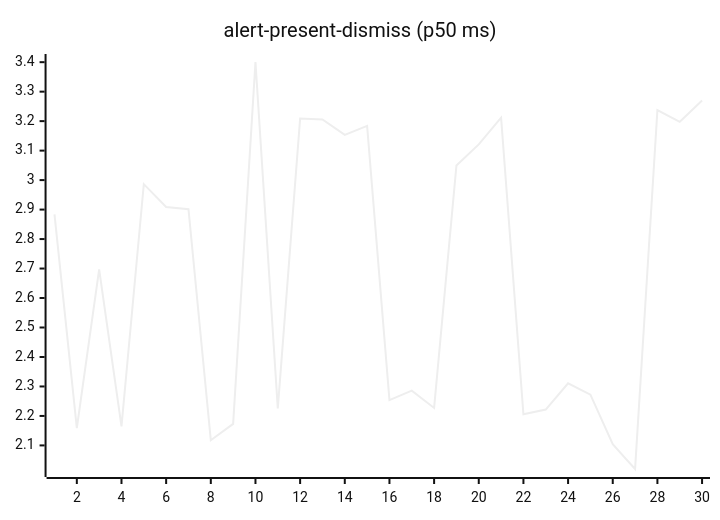
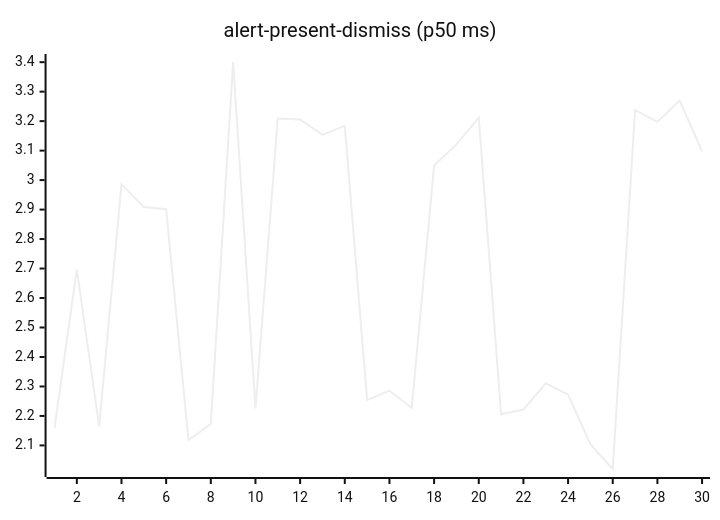
Before and after one commit to josha/Facet: the second of 27 diagrams in README.md, drawn with Mermaid (neutral theme). The commit also changed other lines of this file and 2 other files, not shown here.

````diff
--- a/README.md
+++ b/README.md
@@ -70,6 +70,6 @@
 ```mermaid
 xychart-beta
     title "alert-present-dismiss (p50 ms)"
     x-axis 1 --> 30
-    line [2.8834, 2.1588, 2.6974, 2.1643, 2.9862, 2.9085, 2.9011, 2.1177, 2.1729, 3.4006, 2.2253, 3.2090, 3.2058, 3.1536, 3.1837, 2.2536, 2.2857, 2.2272, 3.0496, 3.1212, 3.2117, 2.2054, 2.2216, 2.3109, 2.2722, 2.1040, 2.0200, 3.2371, 3.1976, 3.2697]
+    line [2.1588, 2.6974, 2.1643, 2.9862, 2.9085, 2.9011, 2.1177, 2.1729, 3.4006, 2.2253, 3.2090, 3.2058, 3.1536, 3.1837, 2.2536, 2.2857, 2.2272, 3.0496, 3.1212, 3.2117, 2.2054, 2.2216, 2.3109, 2.2722, 2.1040, 2.0200, 3.2371, 3.1976, 3.2697, 3.0970]
 ```
````
